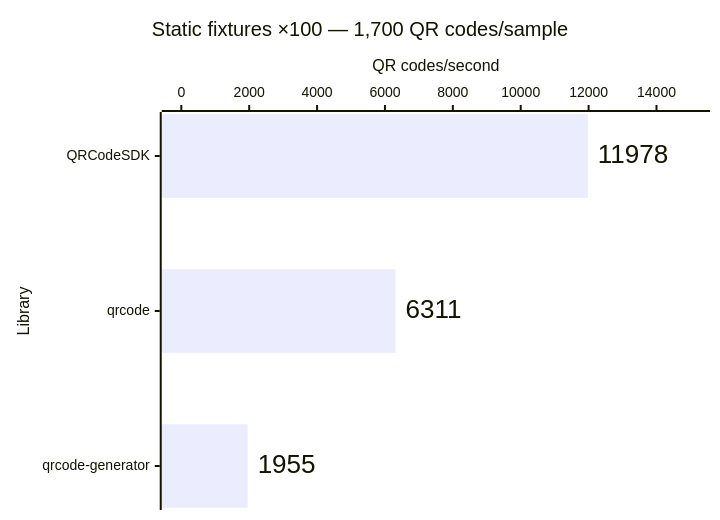
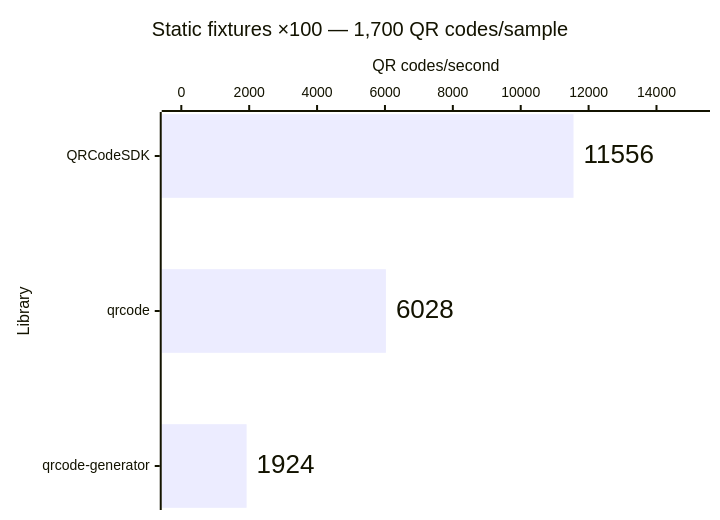
One commit to Dafnik/qrcodesdk changed the third of 14 diagrams in apps/docs/src/content/docs/learn/performance.md. Above: the diagram before and after it, drawn with Mermaid. The commit also changed other lines of this file, not shown here.

````diff
--- a/apps/docs/src/content/docs/learn/performance.md
+++ b/apps/docs/src/content/docs/learn/performance.md
@@ -61,15 +61,15 @@
 ```mermaid
 ---
 config:
   xyChart:
     showDataLabel: true
     showDataLabelOutsideBar: true
 ---
 xychart horizontal
   accTitle: Matrix generation: Static fixtures ×100 — 1,700 QR codes/sample
-  accDescr: Throughput calculated from median time. QRCodeSDK 11,978 QR codes per second, qrcode 6,311 QR codes per second, qrcode-generator 1,955 QR codes per second. Higher is better.
+  accDescr: Throughput calculated from median time. QRCodeSDK 11,556 QR codes per second, qrcode 6,028 QR codes per second, qrcode-generator 1,924 QR codes per second. Higher is better.
   title "Static fixtures ×100 — 1,700 QR codes/sample"
   x-axis "Library" ["QRCodeSDK", "qrcode", "qrcode-generator"]
   y-axis "QR codes/second" 0 --> 15000
-  bar [11978, 6311, 1955]
+  bar [11556, 6028, 1924]
 ```
````
